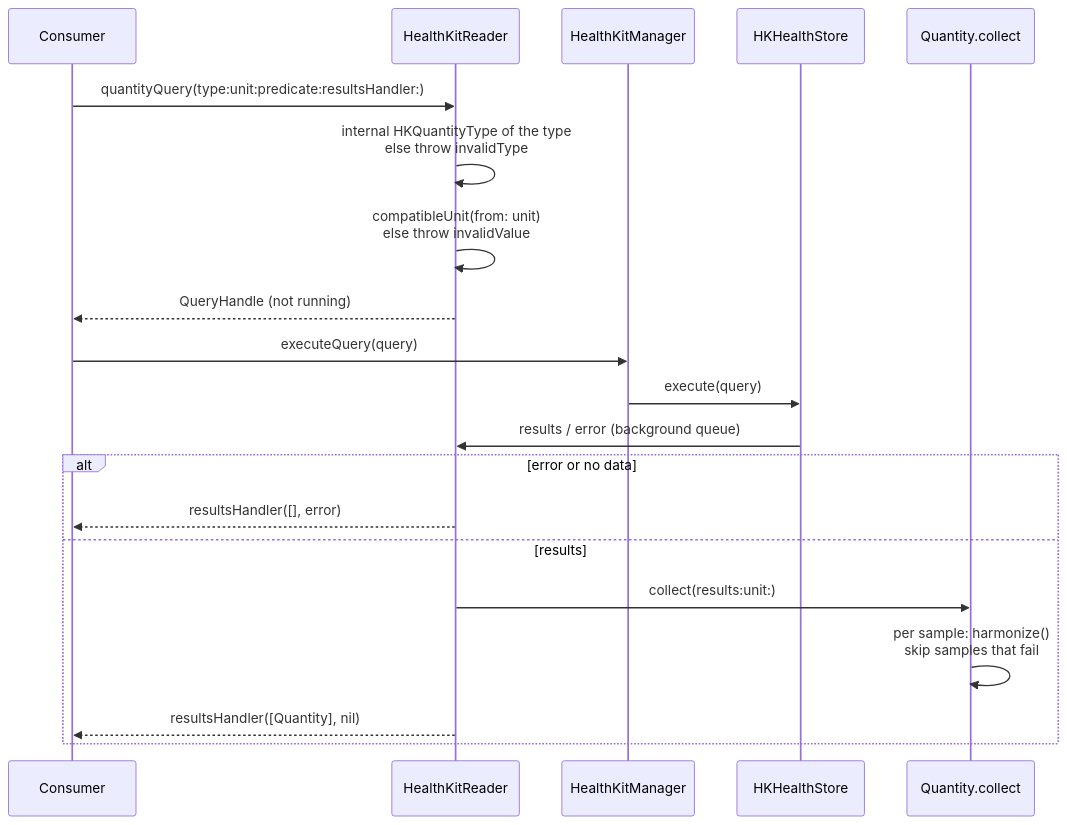
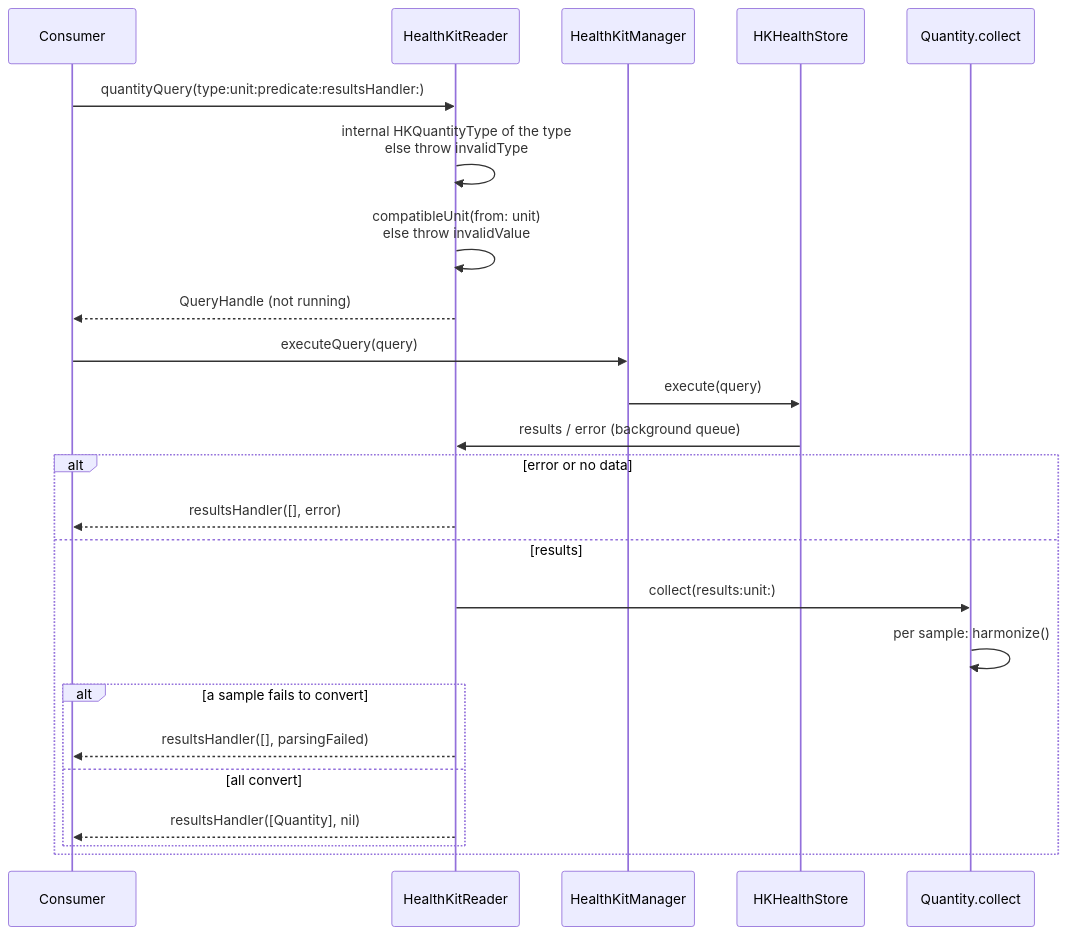
Before and after one commit to kvs-coder/HealthKitReporter: the second of 5 diagrams in docs/arc42/06-runtime-view.md, drawn with Mermaid. The commit also changed other lines of this file and 36 other files, not shown here.

````diff
--- a/docs/arc42/06-runtime-view.md
+++ b/docs/arc42/06-runtime-view.md
@@ -21,22 +21,26 @@
 ```mermaid
 sequenceDiagram
     participant Consumer
     participant R as HealthKitReader
     participant M as HealthKitManager
     participant S as HKHealthStore
     participant F as Quantity.collect
     Consumer->>R: quantityQuery(type:unit:predicate:resultsHandler:)
     R->>R: internal HKQuantityType of the type<br/>else throw invalidType
     R->>R: compatibleUnit(from: unit)<br/>else throw invalidValue
     R-->>Consumer: QueryHandle (not running)
     Consumer->>M: executeQuery(query)
     M->>S: execute(query)
     S->>R: results / error (background queue)
     alt error or no data
         R-->>Consumer: resultsHandler([], error)
     else results
         R->>F: collect(results:unit:)
-        F->>F: per sample: harmonize()<br/>skip samples that fail
-        R-->>Consumer: resultsHandler([Quantity], nil)
+        F->>F: per sample: harmonize()
+        alt a sample fails to convert
+            R-->>Consumer: resultsHandler([], parsingFailed)
+        else all convert
+            R-->>Consumer: resultsHandler([Quantity], nil)
+        end
     end
 ```
````
